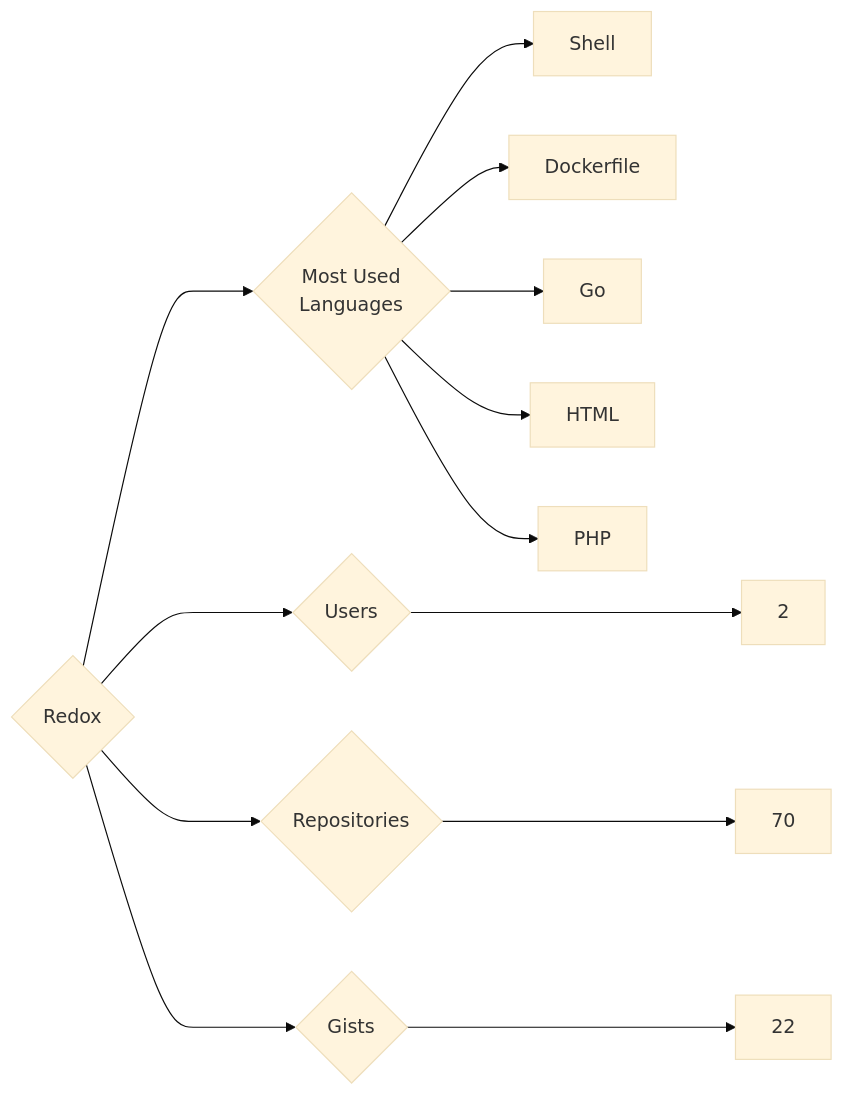
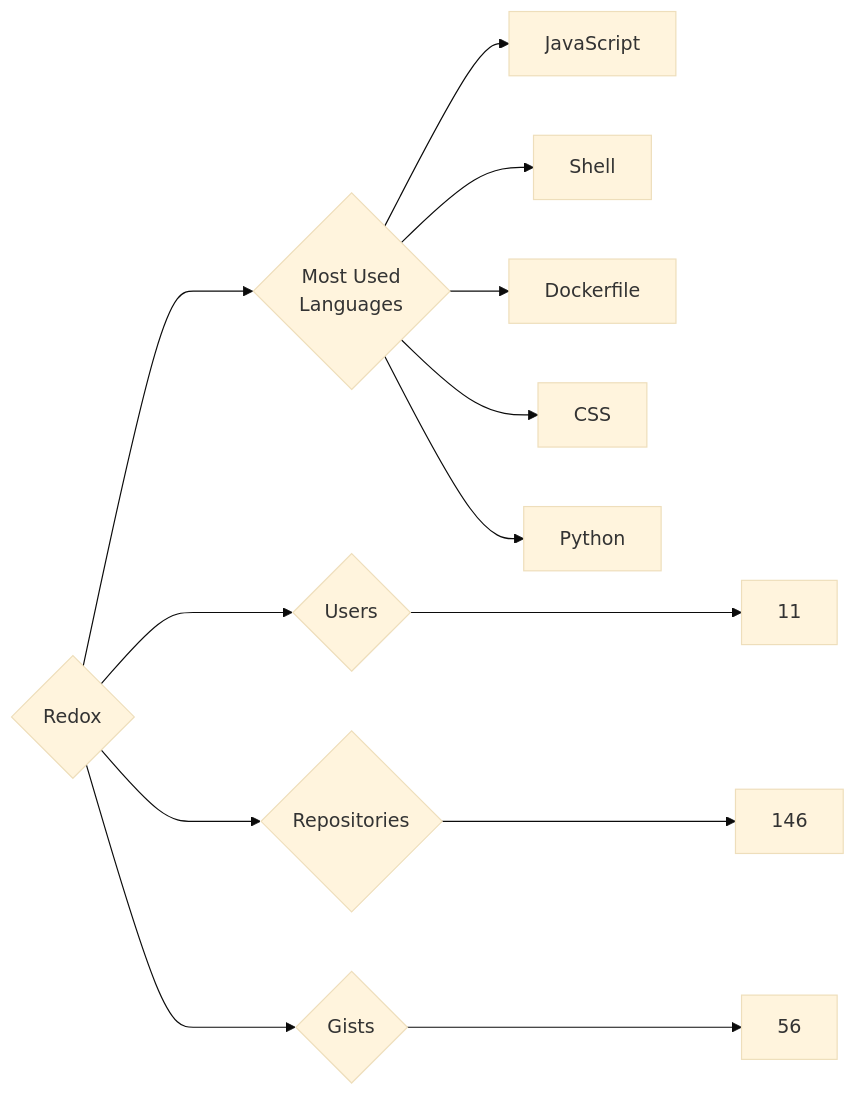
The diagram in targets/Redox/README.md (trickest/insiders), drawn with Mermaid (base theme) before and after one commit. The commit also changed 677 other files, not shown here.

````diff
--- a/targets/Redox/README.md
+++ b/targets/Redox/README.md
@@ -3,13 +3,13 @@
 ```mermaid
 graph LR
 COMPANY_NAME{Redox}
-COMPANY_NAME ---> U{Users} ---> UN[2]
-COMPANY_NAME ---> R{Repositories} ---> RN[70]
-COMPANY_NAME ---> G{Gists} ---> GN[22]
+COMPANY_NAME ---> U{Users} ---> UN[11]
+COMPANY_NAME ---> R{Repositories} ---> RN[146]
+COMPANY_NAME ---> G{Gists} ---> GN[56]
 COMPANY_NAME ---> ML{Most Used<br>Languages}
+ML --> JavaScript[JavaScript]
 ML --> Shell[Shell]
 ML --> Dockerfile[Dockerfile]
-ML --> Go[Go]
-ML --> HTML[HTML]
-ML --> PHP[PHP]
+ML --> CSS[CSS]
+ML --> Python[Python]
 ```
````
